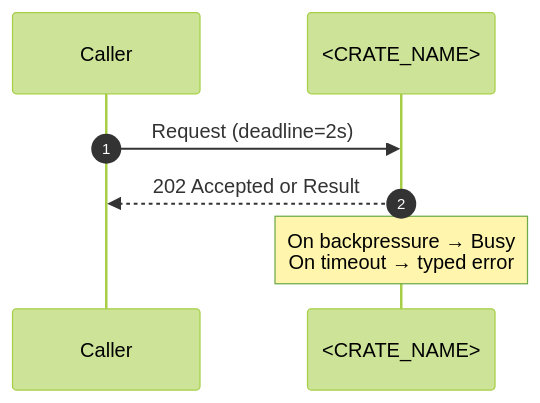
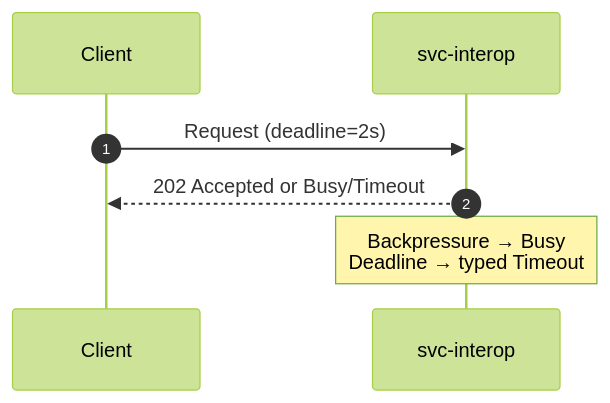
The first of 4 diagrams in crates/svc-interop/docs/CONCURRENCY.MD (Y3LLOWVESTS/rustyonions), drawn with Mermaid (forest theme) before and after one commit. The commit also changed other lines of this file and 92 other files, not shown here.

Commit message:
Scaffolded out svc-interop and completed IDB documentation for crate

````diff
--- a/crates/svc-interop/docs/CONCURRENCY.MD
+++ b/crates/svc-interop/docs/CONCURRENCY.MD
@@ -122,9 +154,9 @@
 ```mermaid
 sequenceDiagram
   autonumber
-  participant Caller
-  participant S as <CRATE_NAME>
-  Caller->>S: Request (deadline=2s)
-  S-->>Caller: 202 Accepted or Result
-  Note over S: On backpressure → Busy<br/>On timeout → typed error
+  participant Client
+  participant I as svc-interop
+  Client->>I: Request (deadline=2s)
+  I-->>Client: 202 Accepted or Busy/Timeout
+  Note over I: Backpressure → Busy<br/>Deadline → typed Timeout
 ```
````
